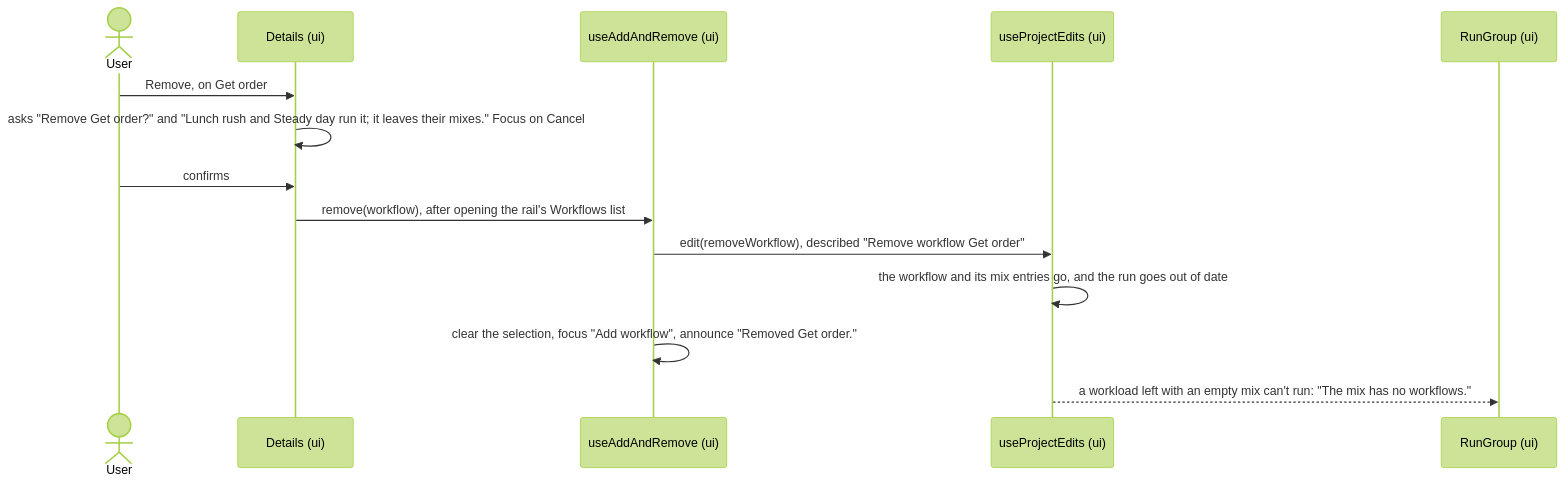
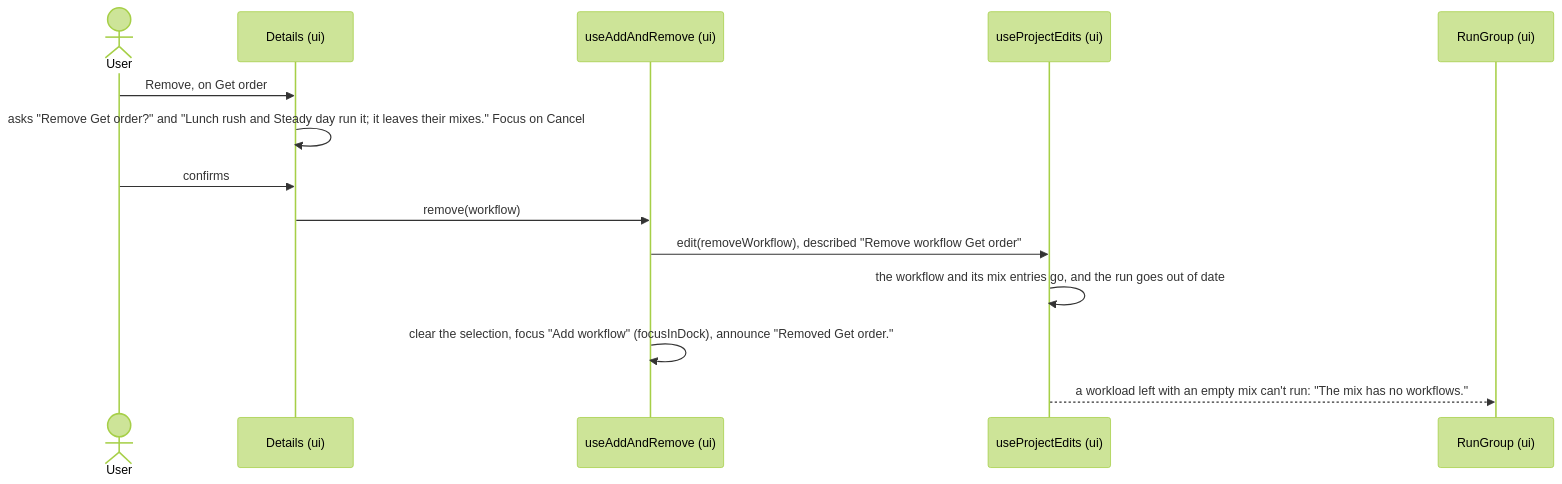
One commit to alanbickel/wind-tunnel changed diagram 13 of 14 in docs/architecture/workflow-editor.md. Above: the diagram before and after it, drawn with Mermaid (forest theme). The commit also changed other lines of this file and 62 other files, not shown here.

Commit message:
feat(ui): add the dock's Workflows tab, move the outline out of the inspector, and remove the workflow picker (#271)

````diff
--- a/docs/architecture/workflow-editor.md
+++ b/docs/architecture/workflow-editor.md
@@ -382,16 +383,16 @@
 ```mermaid
 sequenceDiagram
     actor User
     participant D as Details (ui)
     participant R as useAddAndRemove (ui)
     participant E as useProjectEdits (ui)
     participant P as RunGroup (ui)
     User->>D: Remove, on Get order
     D->>D: asks "Remove Get order?" and "Lunch rush and Steady day run it#59; it leaves their mixes." Focus on Cancel
     User->>D: confirms
-    D->>R: remove(workflow), after opening the rail's Workflows list
+    D->>R: remove(workflow)
     R->>E: edit(removeWorkflow), described "Remove workflow Get order"
     E->>E: the workflow and its mix entries go, and the run goes out of date
-    R->>R: clear the selection, focus "Add workflow", announce "Removed Get order."
+    R->>R: clear the selection, focus "Add workflow" (focusInDock), announce "Removed Get order."
     E-->>P: a workload left with an empty mix can't run: "The mix has no workflows."
 ```
````
